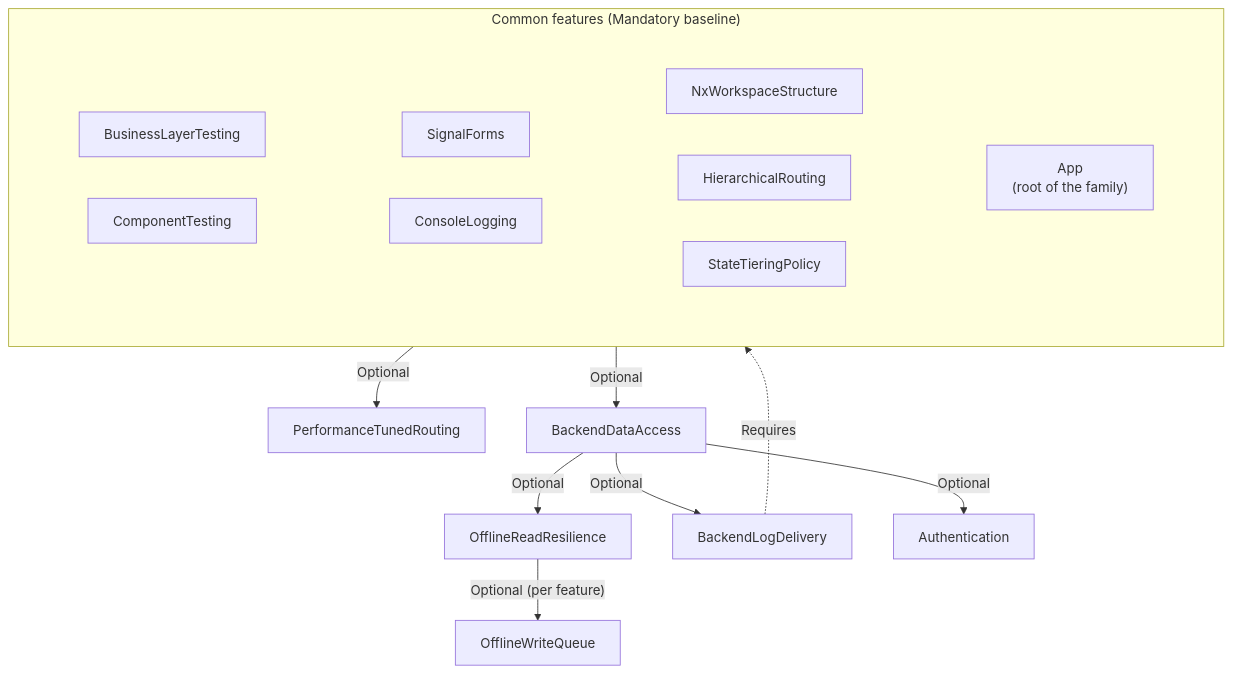
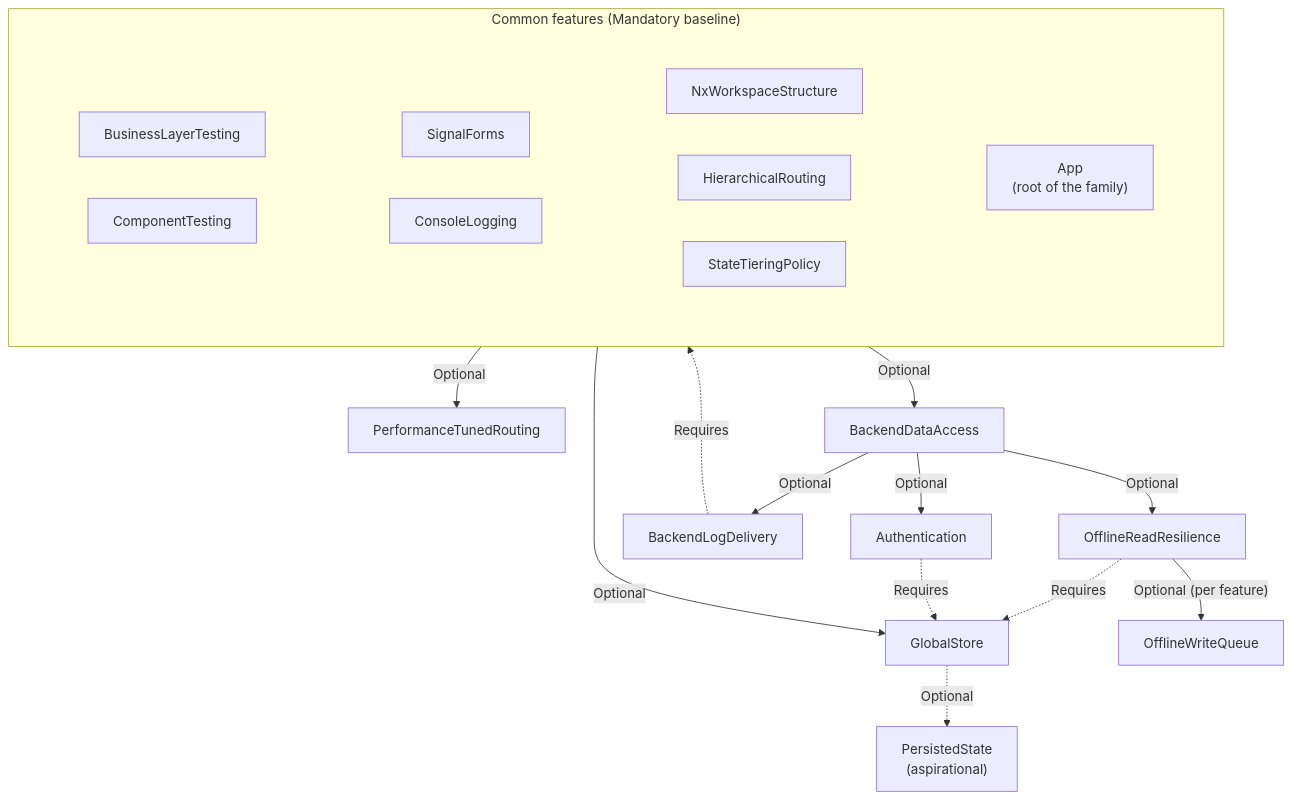
Before and after one commit to InsonusK/ai-skills: the diagram in skills/angular/architecture/v3.1/monolith/feature/diagrams/feature-diagram.mmd, drawn with Mermaid. The commit also changed 10 other files, not shown here.

```diff
--- a/skills/angular/architecture/v3.1/monolith/feature/diagrams/feature-diagram.mmd
+++ b/skills/angular/architecture/v3.1/monolith/feature/diagrams/feature-diagram.mmd
@@ -1,39 +1,44 @@
 graph TD
     subgraph Common["Common features (Mandatory baseline)"]
         direction TB
         subgraph Row1[" "]
             direction LR
             APP["App<br/>(root of the family)"]
         end
         subgraph Row2[" "]
             direction LR
             NX["NxWorkspaceStructure"]
             ROUTE["HierarchicalRouting"]
             TIER["StateTieringPolicy"]
         end
         subgraph Row3[" "]
             direction LR
             FORMS["SignalForms"]
             LOG["ConsoleLogging"]
         end
         subgraph Testing[" "]
             direction LR
             BLT["BusinessLayerTesting"]
             CT["ComponentTesting"]
         end
     end
     style Row1 fill:none,stroke:none
     style Row2 fill:none,stroke:none
     style Row3 fill:none,stroke:none
     style Testing fill:none,stroke:none
 
     Common -->|Optional| PTR["PerformanceTunedRouting"]
+    Common -->|Optional| GS["GlobalStore"]
     Common -->|Optional| BDA["BackendDataAccess"]
+
+    GS -. "Optional" .-> PST["PersistedState<br/>(aspirational)"]
 
     BDA -->|Optional| ORR["OfflineReadResilience"]
     BDA -->|Optional| BLD["BackendLogDelivery"]
     BDA -->|Optional| AUTH["Authentication"]
 
     ORR -->|"Optional (per feature)"| OWQ["OfflineWriteQueue"]
 
+    ORR -. "Requires" .-> GS
+    AUTH -. "Requires" .-> GS
     BLD -. "Requires" .-> LOG
```
